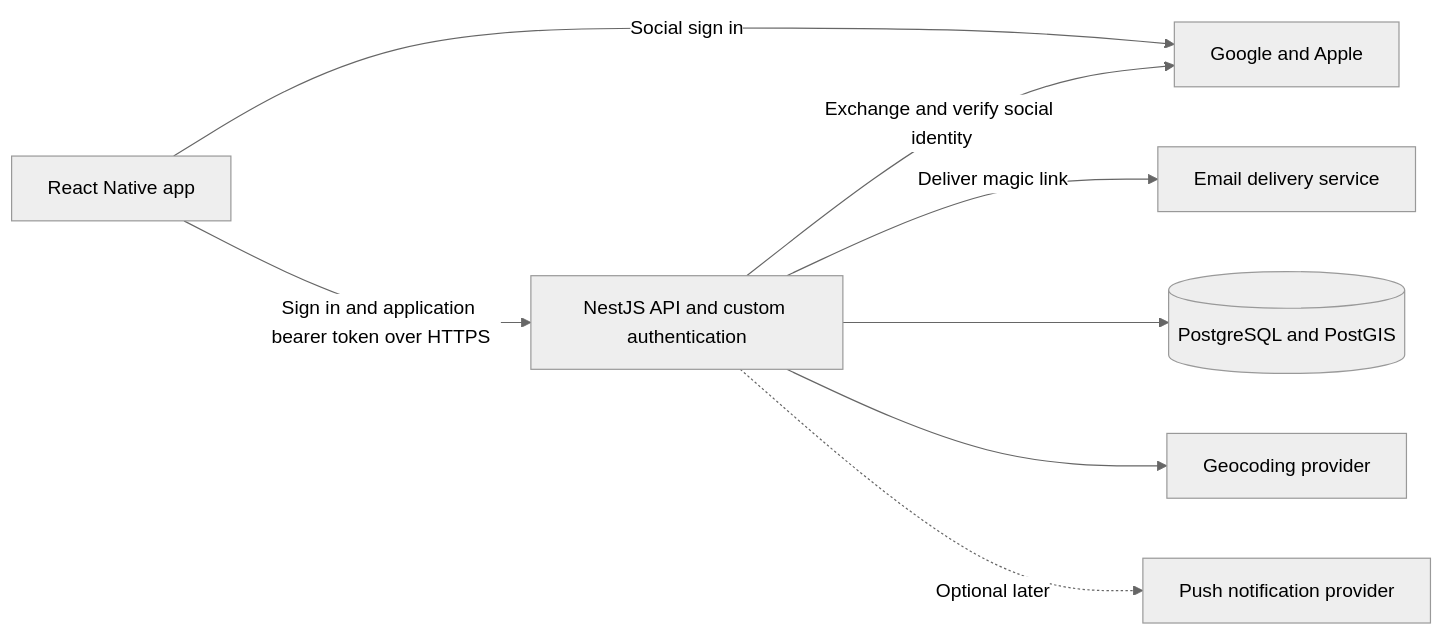
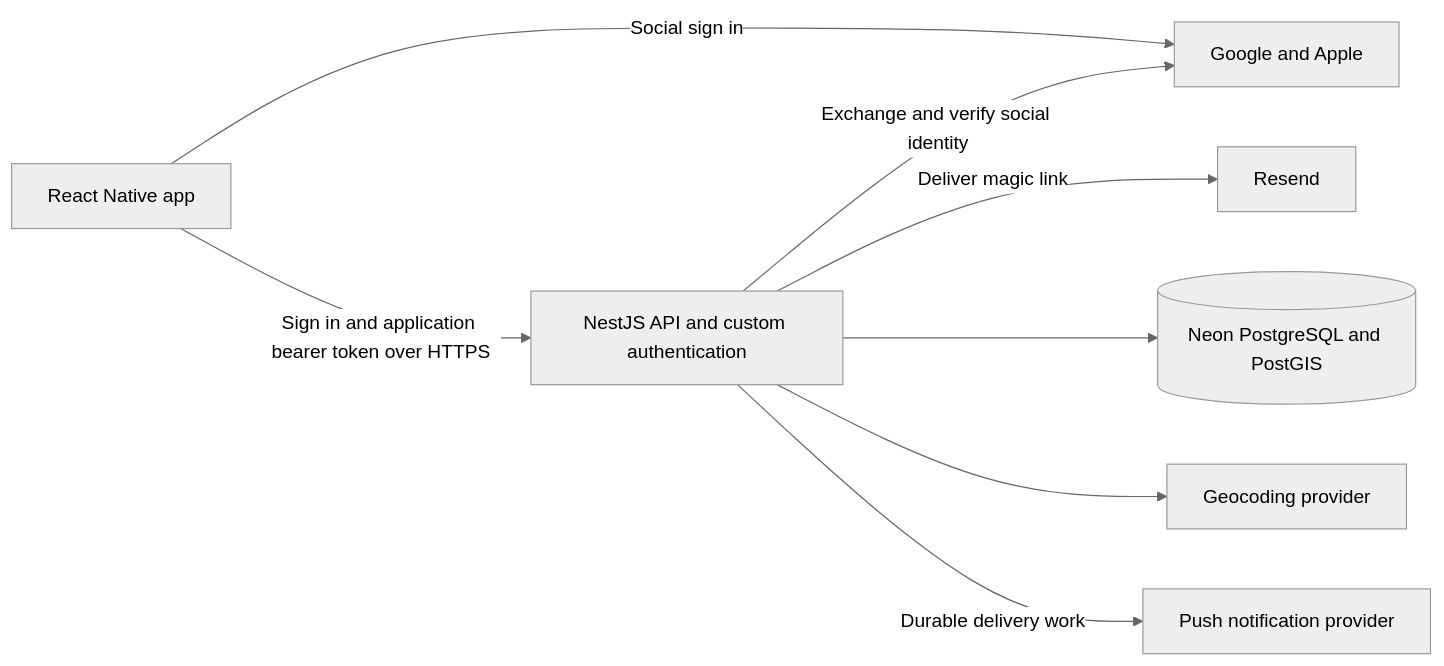
One commit to alessandroferraridev/magic-session-planner-docs changed the diagram in architecture.md. Above: the diagram before and after it, drawn with Mermaid (neutral theme). The commit also changed other lines of this file and 8 other files, not shown here.

````diff
--- a/architecture.md
+++ b/architecture.md
@@ -25,10 +29,10 @@
 ```mermaid
 flowchart LR
     Player[React Native app] -->|Sign in and application bearer token over HTTPS| API[NestJS API and custom authentication]
     Player -->|Social sign in| Social[Google and Apple]
     API -->|Exchange and verify social identity| Social
-    API -->|Deliver magic link| Email[Email delivery service]
-    API --> DB[(PostgreSQL and PostGIS)]
+    API -->|Deliver magic link| Email[Resend]
+    API --> DB[(Neon PostgreSQL and PostGIS)]
     API --> Geo[Geocoding provider]
-    API -. Optional later .-> Push[Push notification provider]
+    API -->|Durable delivery work| Push[Push notification provider]
 ```
````
